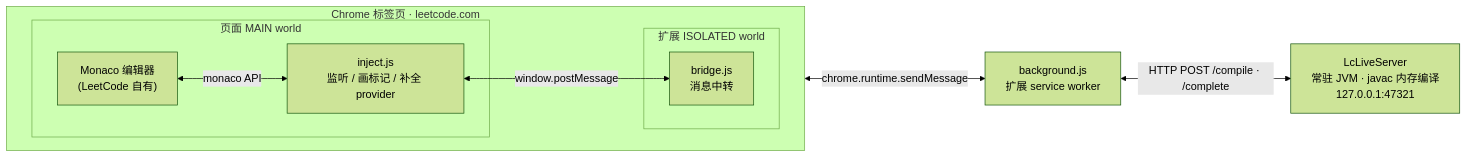
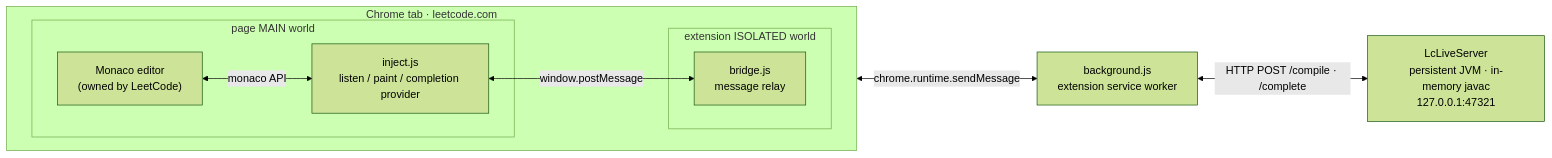
The first of 5 diagrams in docs/DESIGN.md (haotian-zz/lc-live), drawn with Mermaid (forest theme) before and after one commit. The commit also changed other lines of this file and 3 other files, not shown here.

````diff
--- a/docs/DESIGN.md
+++ b/docs/DESIGN.md
@@ -40,19 +42,19 @@
 ```mermaid
 flowchart LR
-    subgraph Tab["Chrome 标签页 · leetcode.com"]
+    subgraph Tab["Chrome tab · leetcode.com"]
         direction LR
-        subgraph Main["页面 MAIN world"]
-            Monaco["Monaco 编辑器<br/>(LeetCode 自有)"]
-            Inject["inject.js<br/>监听 / 画标记 / 补全 provider"]
+        subgraph Main["page MAIN world"]
+            Monaco["Monaco editor<br/>(owned by LeetCode)"]
+            Inject["inject.js<br/>listen / paint / completion provider"]
         end
-        subgraph Iso["扩展 ISOLATED world"]
-            Bridge["bridge.js<br/>消息中转"]
+        subgraph Iso["extension ISOLATED world"]
+            Bridge["bridge.js<br/>message relay"]
         end
         Monaco <-- "monaco API" --> Inject
         Inject <-- "window.postMessage" --> Bridge
     end
-    BG["background.js<br/>扩展 service worker"]
+    BG["background.js<br/>extension service worker"]
     Bridge <-- "chrome.runtime.sendMessage" --> BG
-    Server["LcLiveServer<br/>常驻 JVM · javac 内存编译<br/>127.0.0.1:47321"]
+    Server["LcLiveServer<br/>persistent JVM · in-memory javac<br/>127.0.0.1:47321"]
     BG <-- "HTTP POST /compile · /complete" --> Server
 ```
````
